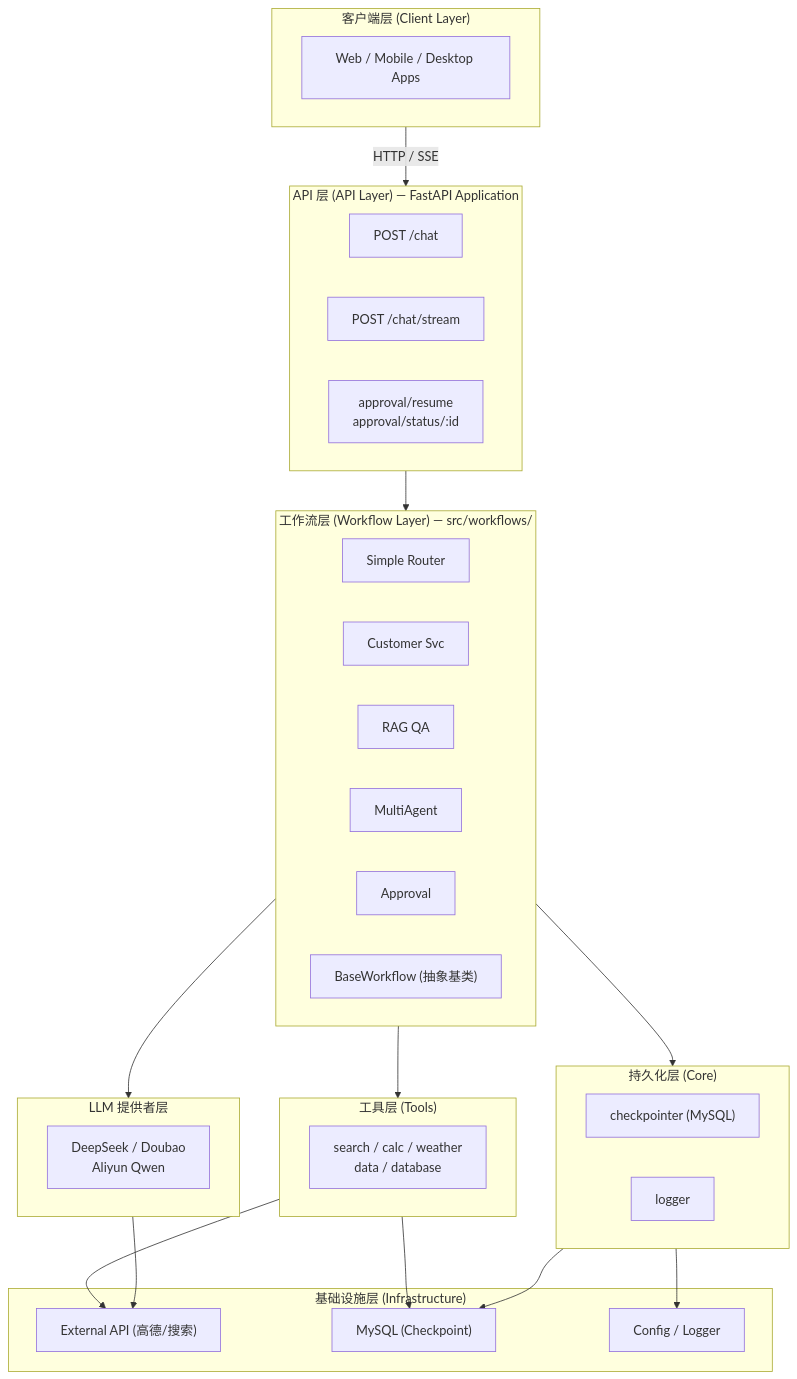
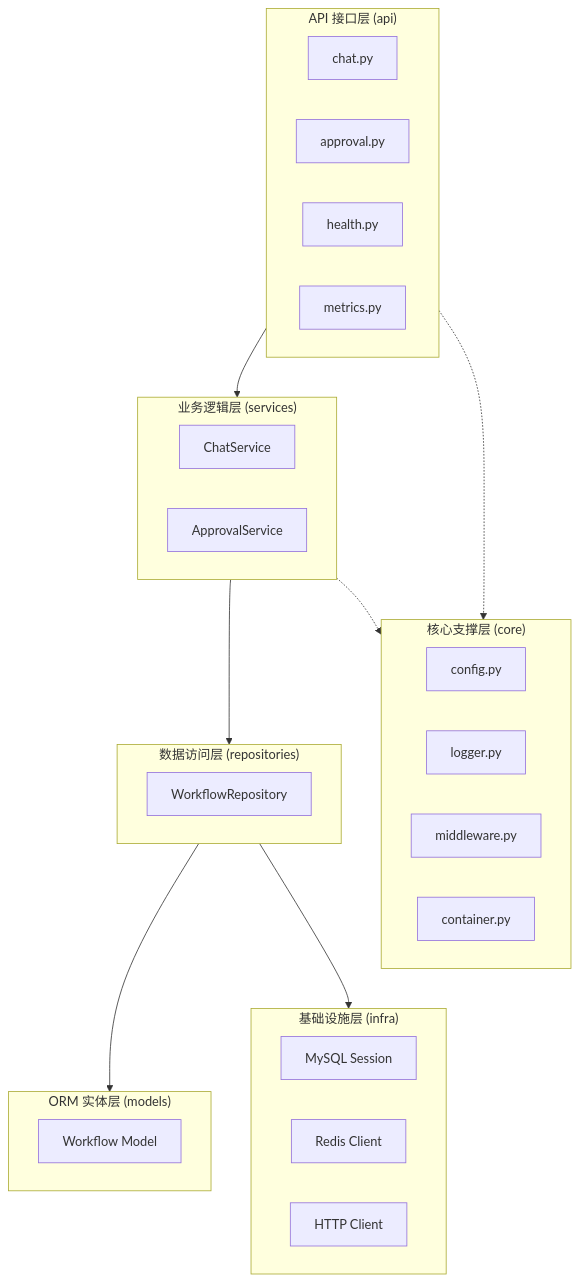
One commit to chain-engine/x-langgraph changed the first of 6 diagrams in README.md. Above: the diagram before and after it, drawn with Mermaid. The commit also changed other lines of this file and 4 other files, not shown here.

````diff
--- a/README.md
+++ b/README.md
@@ -162,51 +214,42 @@
 ```mermaid
 flowchart TD
-    subgraph client_layer["客户端层 (Client Layer)"]
-        web["Web / Mobile / Desktop Apps"]
+    subgraph api_layer["API 接口层 (api)"]
+        chat["chat.py"]
+        approval["approval.py"]
+        health["health.py"]
+        metrics["metrics.py"]
     end
 
-    subgraph api_layer["API 层 (API Layer) — FastAPI Application"]
-        chat["POST /chat"]
-        stream["POST /chat/stream"]
-        approval["approval/resume\napproval/status/:id"]
+    subgraph service_layer["业务逻辑层 (services)"]
+        chat_service["ChatService"]
+        approval_service["ApprovalService"]
     end
 
-    subgraph workflow_layer["工作流层 (Workflow Layer) — src/workflows/"]
-        router["Simple Router"]
-        customer["Customer Svc"]
-        rag["RAG QA"]
-        agent["MultiAgent"]
-        approval_wf["Approval"]
-        base["BaseWorkflow (抽象基类)"]
+    subgraph repo_layer["数据访问层 (repositories)"]
+        workflow_repo["WorkflowRepository"]
     end
 
-    subgraph tools_layer["工具层 (Tools)"]
-        tools["search / calc / weather\ndata / database"]
+    subgraph model_layer["ORM 实体层 (models)"]
+        workflow_model["Workflow Model"]
     end
 
-    subgraph llm_layer["LLM 提供者层"]
-        llm["DeepSeek / Doubao\nAliyun Qwen"]
+    subgraph infra_layer["基础设施层 (infra)"]
+        mysql["MySQL Session"]
+        redis["Redis Client"]
+        http["HTTP Client"]
     end
 
-    subgraph core_layer["持久化层 (Core)"]
-        checkpointer["checkpointer (MySQL)"]
-        logger["logger"]
+    subgraph core_layer["核心支撑层 (core)"]
+        config["config.py"]
+        logger["logger.py"]
+        middleware["middleware.py"]
+        container["container.py"]
     end
 
-    subgraph infra_layer["基础设施层 (Infrastructure)"]
-        ext["External API (高德/搜索)"]
-        mysql["MySQL (Checkpoint)"]
-        config["Config / Logger"]
-    end
-
-    client_layer -->|"HTTP / SSE"| api_layer
-    api_layer --> workflow_layer
-    workflow_layer --> tools_layer
-    workflow_layer --> llm_layer
-    workflow_layer --> core_layer
-    tools_layer --> ext
-    tools_layer --> mysql
-    llm_layer --> ext
-    core_layer --> mysql
-    core_layer --> config
+    api_layer --> service_layer
+    service_layer --> repo_layer
+    repo_layer --> model_layer
+    repo_layer --> infra_layer
+    service_layer -.-> core_layer
+    api_layer -.-> core_layer
 ```
````
